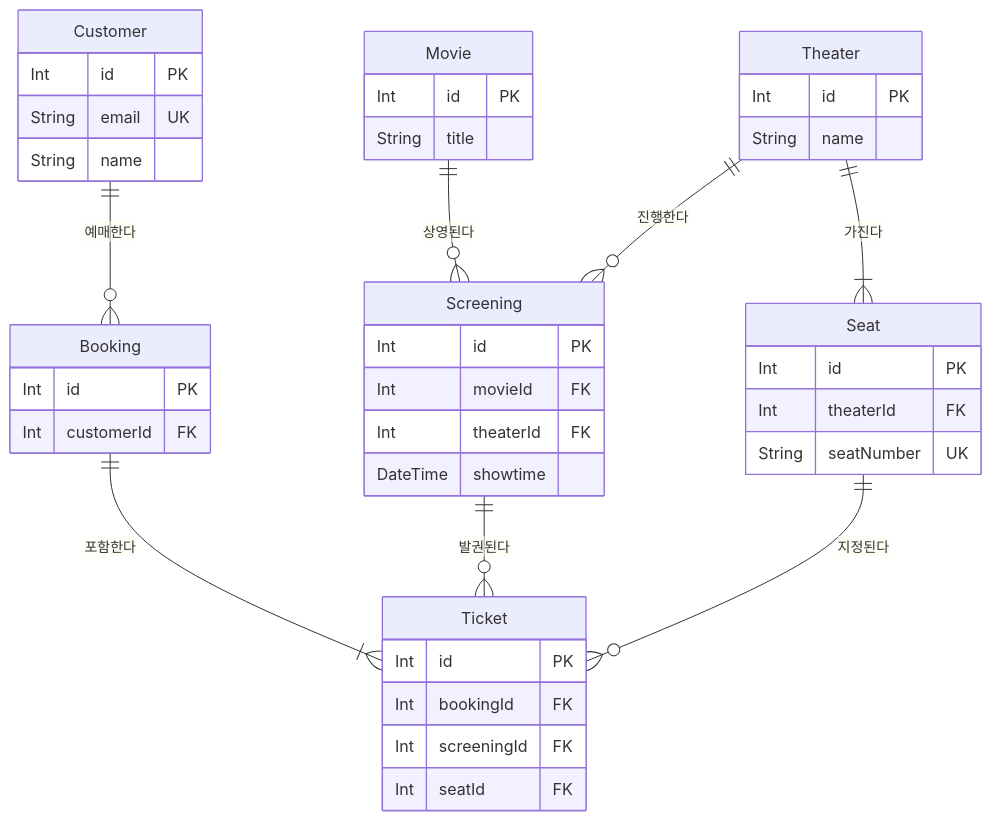
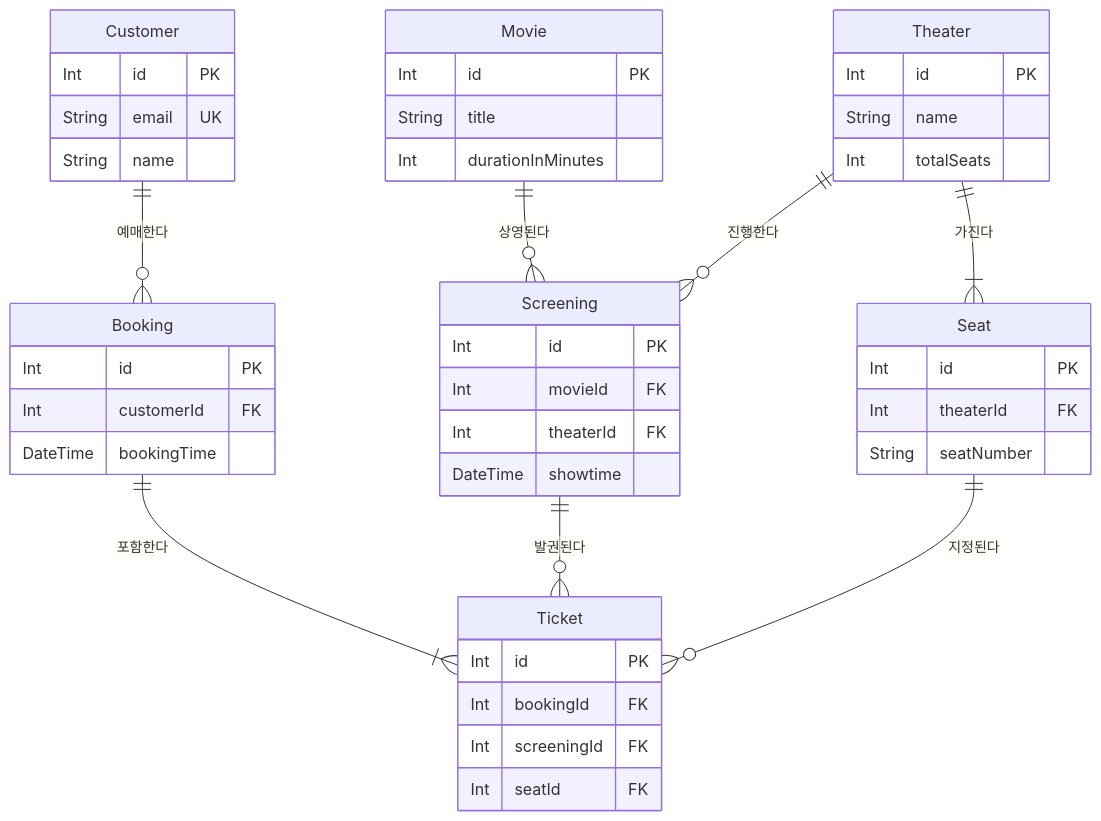
Before and after one commit to winverse/codeit-fs-javascript-backend-prisma-practice: the diagram in src/practices/04-practical-modeling/answers/diagram.mmd, drawn with Mermaid. The commit also changed 49 other files, not shown here.

```diff
--- a/src/practices/04-practical-modeling/answers/diagram.mmd
+++ b/src/practices/04-practical-modeling/answers/diagram.mmd
@@ -1,43 +1,48 @@
 erDiagram
   Customer {
     Int id PK
     String email UK
     String name
   }
   Booking {
     Int id PK
     Int customerId FK
+    DateTime bookingTime
   }
   Ticket {
     Int id PK
     Int bookingId FK
     Int screeningId FK
     Int seatId FK
   }
   Screening {
     Int id PK
     Int movieId FK
     Int theaterId FK
     DateTime showtime
   }
   Movie {
     Int id PK
     String title
+    Int durationInMinutes
   }
   Theater {
     Int id PK
     String name
+    Int totalSeats
   }
   Seat {
     Int id PK
     Int theaterId FK
-    String seatNumber UK
+    String seatNumber
   }
+
+  %% UNIQUE Seat(theaterId, seatNumber)
 
   Customer ||--o{ Booking : "예매한다"
   Booking ||--|{ Ticket : "포함한다"
   Screening ||--o{ Ticket : "발권된다"
   Seat ||--o{ Ticket : "지정된다"
   Movie ||--o{ Screening : "상영된다"
   Theater ||--o{ Screening : "진행한다"
   Theater ||--|{ Seat : "가진다"
```
